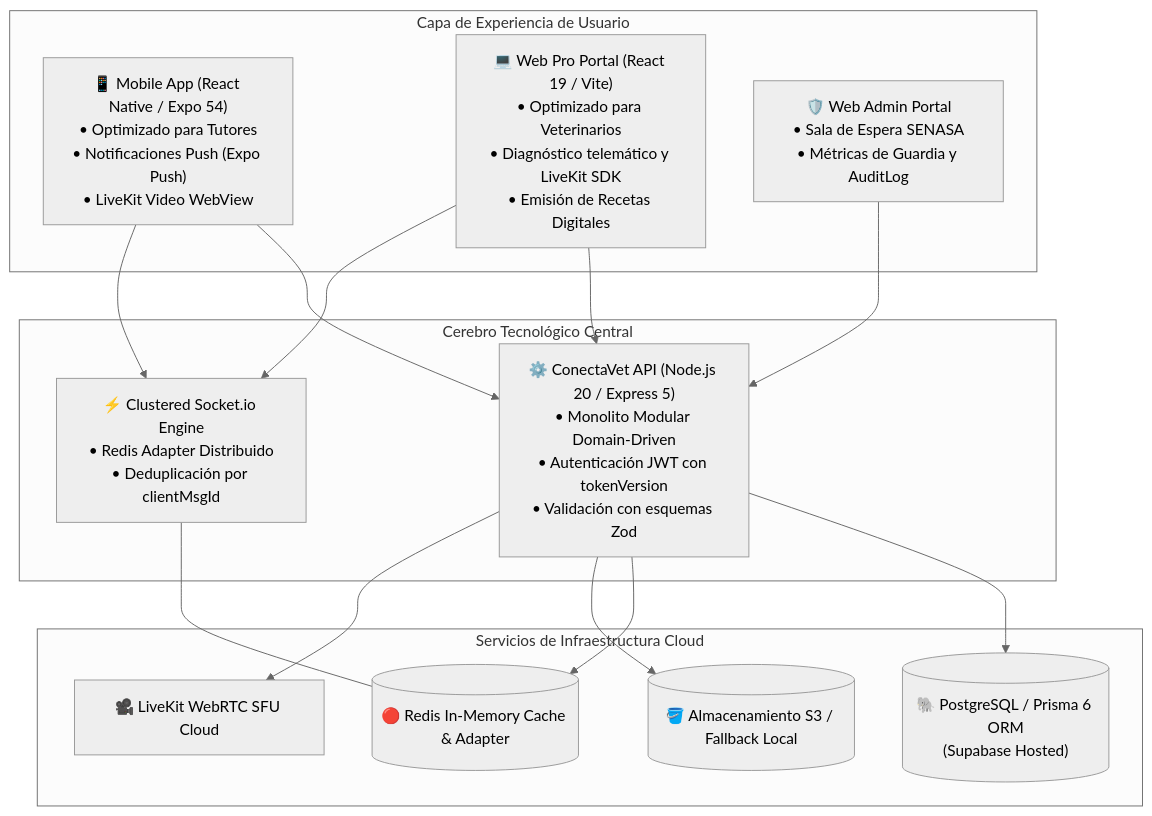
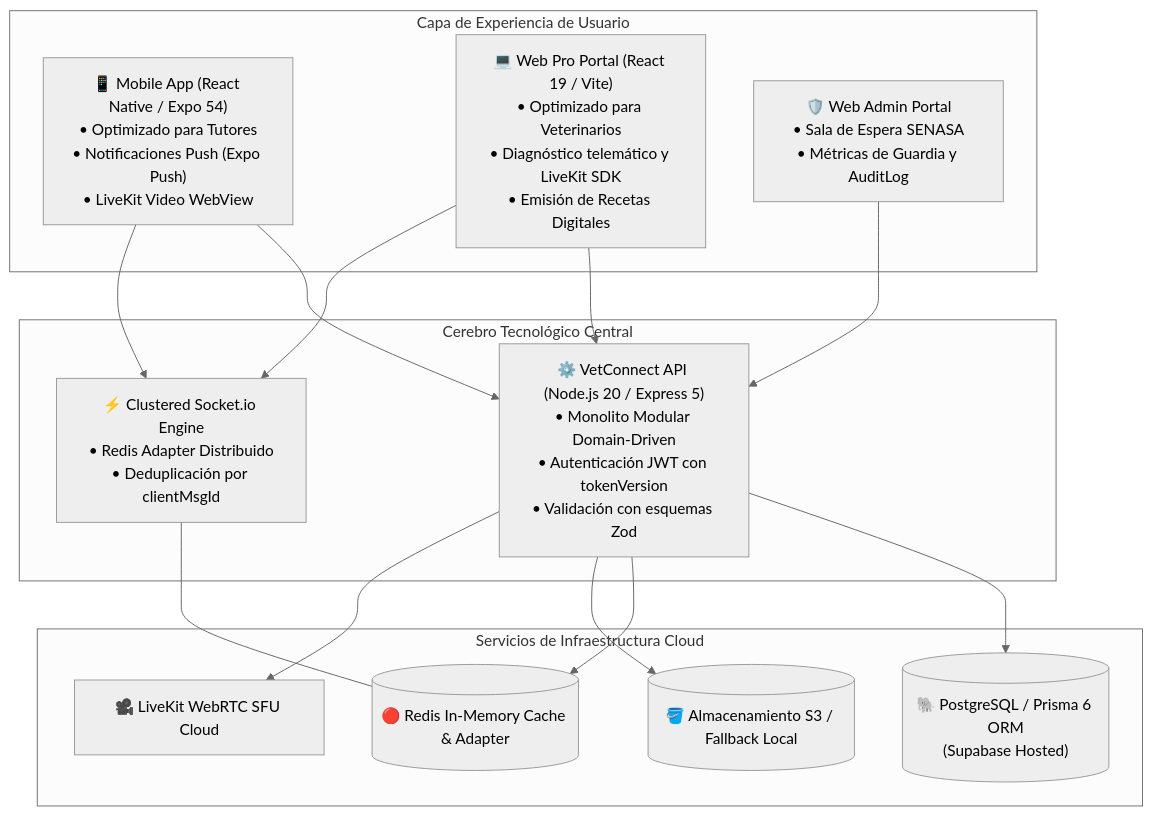
One commit to grupo-pinnacle/VetConnect changed the diagram in docs/BRIEF.md. Above: the diagram before and after it, drawn with Mermaid (neutral theme). The commit also changed other lines of this file and 17 other files, not shown here.

````diff
--- a/docs/BRIEF.md
+++ b/docs/BRIEF.md
@@ -80,31 +80,31 @@
 ```mermaid
 flowchart TD
     subgraph FrontendClients["Capa de Experiencia de Usuario"]
         Mobile["📱 Mobile App (React Native / Expo 54)<br/>• Optimizado para Tutores<br/>• Notificaciones Push (Expo Push)<br/>• LiveKit Video WebView"]
         WebPro["💻 Web Pro Portal (React 19 / Vite)<br/>• Optimizado para Veterinarios<br/>• Diagnóstico telemático y LiveKit SDK<br/>• Emisión de Recetas Digitales"]
         WebAdmin["🛡️ Web Admin Portal<br/>• Sala de Espera SENASA<br/>• Métricas de Guardia y AuditLog"]
     end
 
     subgraph CoreBackend["Cerebro Tecnológico Central"]
-        API["⚙️ ConectaVet API (Node.js 20 / Express 5)<br/>• Monolito Modular Domain-Driven<br/>• Autenticación JWT con tokenVersion<br/>• Validación con esquemas Zod"]
+        API["⚙️ VetConnect API (Node.js 20 / Express 5)<br/>• Monolito Modular Domain-Driven<br/>• Autenticación JWT con tokenVersion<br/>• Validación con esquemas Zod"]
         Realtime["⚡ Clustered Socket.io Engine<br/>• Redis Adapter Distribuido<br/>• Deduplicación por clientMsgId"]
     end
 
     subgraph CloudServices["Servicios de Infraestructura Cloud"]
         DB[("🐘 PostgreSQL / Prisma 6 ORM<br/>(Supabase Hosted)")]
         Redis[("🔴 Redis In-Memory Cache & Adapter")]
         S3[("🪣 Almacenamiento S3 / Fallback Local")]
         LiveKit["🎥 LiveKit WebRTC SFU Cloud"]
     end
 
     Mobile --> API
     Mobile --> Realtime
     WebPro --> API
     WebPro --> Realtime
     WebAdmin --> API
     API --> DB
     API --> Redis
     API --> S3
     API --> LiveKit
     Realtime --- Redis
 ```
````
